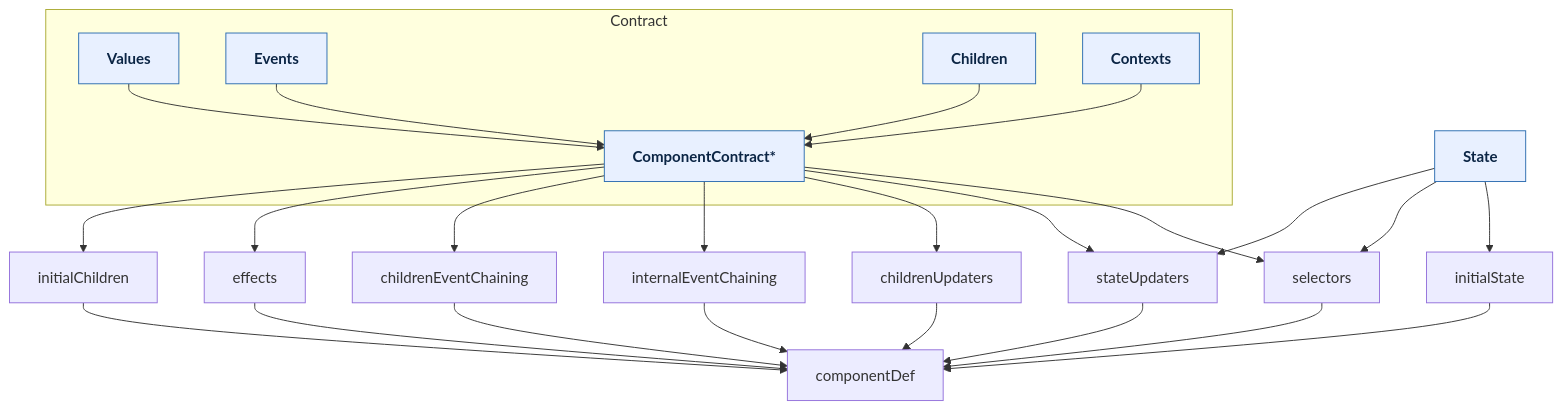
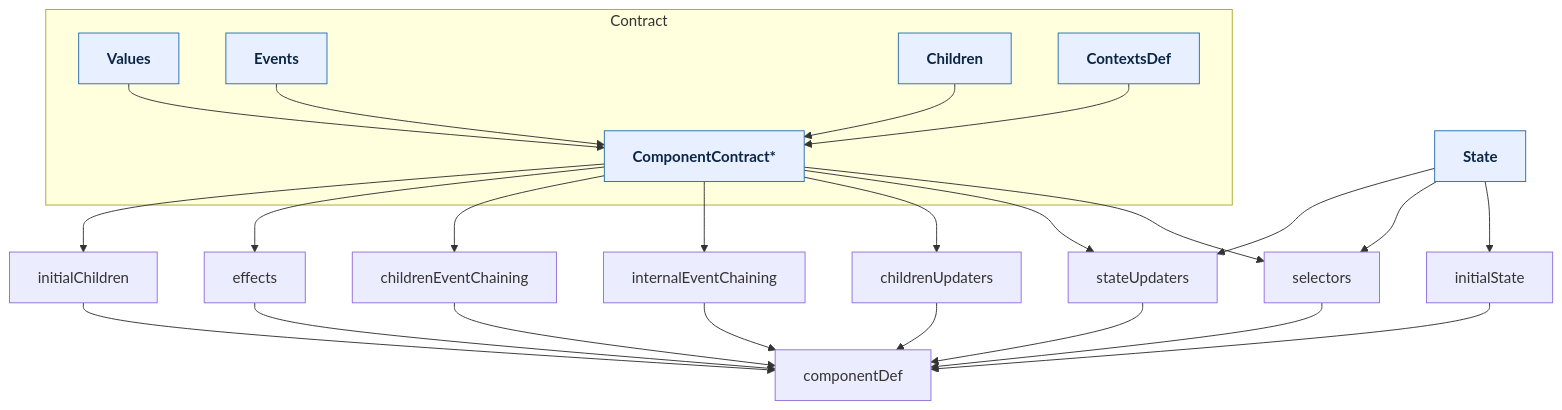
One commit to BenLayet/softer-components changed the diagram in packages/types/README.md. Above: the diagram before and after it, drawn with Mermaid. The commit also changed other lines of this file and 73 other files, not shown here.

````diff
--- a/packages/types/README.md
+++ b/packages/types/README.md
@@ -26,34 +26,34 @@
 ```mermaid
 
 graph TD;
 
     subgraph Contract
         Values-->ComponentContract[ComponentContract*]
         Events-->ComponentContract
         Children-->ComponentContract
-        Contexts-->ComponentContract
+        ContextsDef-->ComponentContract
     end
     ComponentContract-->selectors
     ComponentContract-->stateUpdaters
     ComponentContract-->childrenUpdaters
     ComponentContract-->internalEventChaining
     ComponentContract-->childrenEventChaining
     ComponentContract-->effects
     ComponentContract-->initialChildren
     State-->initialState
     State-->selectors
     State-->stateUpdaters
     childrenUpdaters-->componentDef
     stateUpdaters-->componentDef
     internalEventChaining-->componentDef
     effects-->componentDef
     initialState-->componentDef
     childrenEventChaining-->componentDef
     initialChildren-->componentDef
     selectors-->componentDef
 
 %% Styling
 classDef typeStyle fill:#e8f0ff,stroke:#2b6cb0,stroke-width:1px,color:#0b2545,font-weight:bold;
-class State,Values,ComponentContract,Children,EventNames,Events,Contexts typeStyle;
+class State,Values,ComponentContract,Children,EventNames,Events,ContextsDef typeStyle;
 
 ```
````
